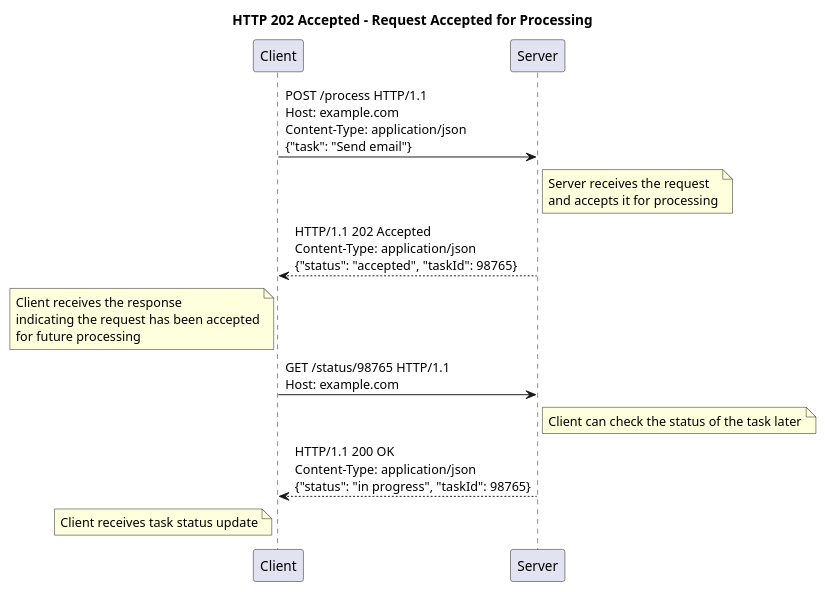
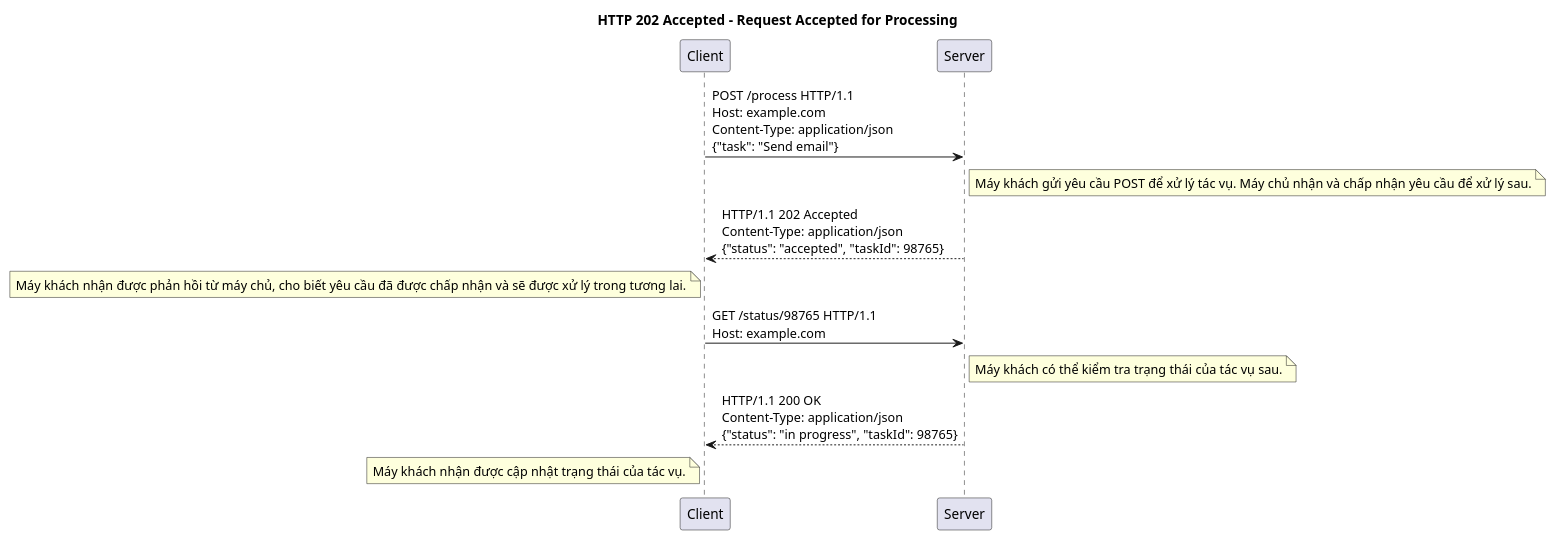
Before and after one commit to thanhlv-com/thanhlv-blog: the fifth of 26 diagrams in packages/apps/src/blog/2024-12-05-y-nghia-cua-cac-http-status-code.md, drawn with PlantUML. The commit also changed other lines of this file and 3 other files, not shown here.

````diff
--- a/packages/apps/src/blog/2024-12-05-y-nghia-cua-cac-http-status-code.md
+++ b/packages/apps/src/blog/2024-12-05-y-nghia-cua-cac-http-status-code.md
@@ -240,22 +241,21 @@
 ```plantuml
 @startuml
 
 title HTTP 202 Accepted - Request Accepted for Processing
 
 participant "Client" as C
 participant "Server" as S
 
 C -> S: POST /process HTTP/1.1\nHost: example.com\nContent-Type: application/json\n{"task": "Send email"}
-note right of S: Server receives the request\nand accepts it for processing
+note right of S: Máy khách gửi yêu cầu POST để xử lý tác vụ. Máy chủ nhận và chấp nhận yêu cầu để xử lý sau.
 
 S --> C: HTTP/1.1 202 Accepted\nContent-Type: application/json\n{"status": "accepted", "taskId": 98765}
-note left of C: Client receives the response\nindicating the request has been accepted\nfor future processing
+note left of C: Máy khách nhận được phản hồi từ máy chủ, cho biết yêu cầu đã được chấp nhận và sẽ được xử lý trong tương lai.
 
 C -> S: GET /status/98765 HTTP/1.1\nHost: example.com
-note right of S: Client can check the status of the task later
+note right of S: Máy khách có thể kiểm tra trạng thái của tác vụ sau.
 
 S --> C: HTTP/1.1 200 OK\nContent-Type: application/json\n{"status": "in progress", "taskId": 98765}
-note left of C: Client receives task status update
-
+note left of C: Máy khách nhận được cập nhật trạng thái của tác vụ.
 @enduml
 ```
````
